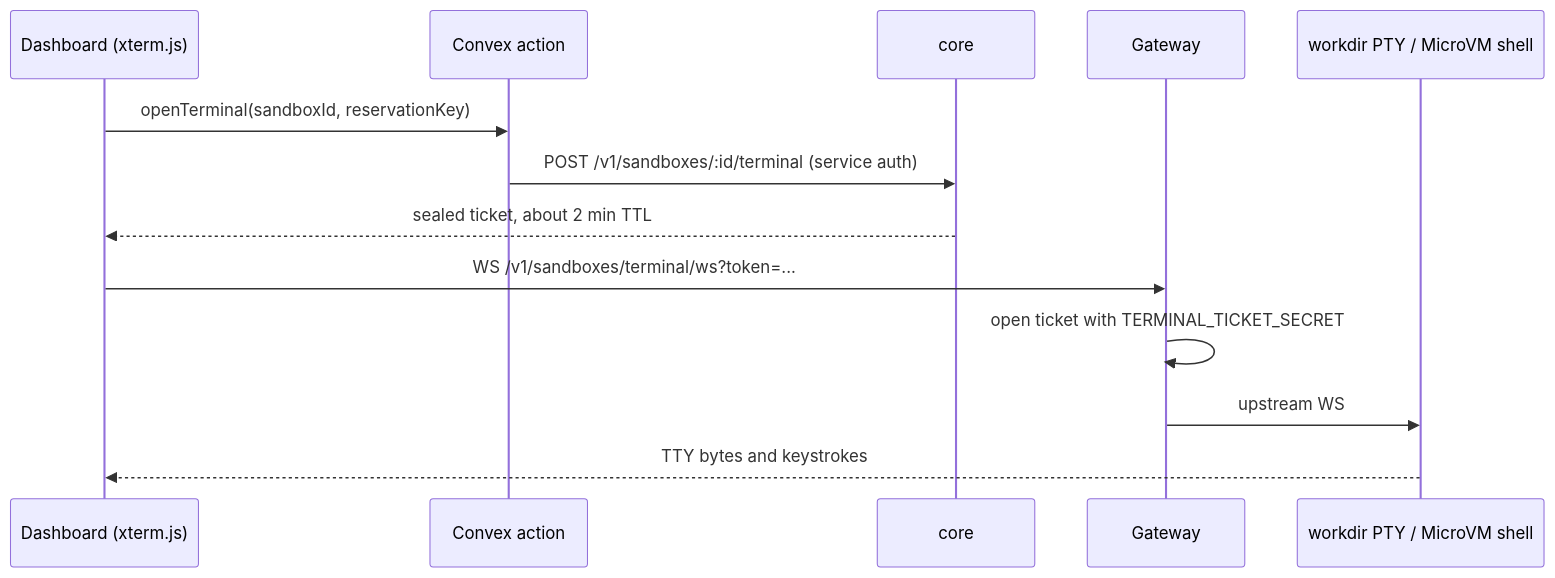
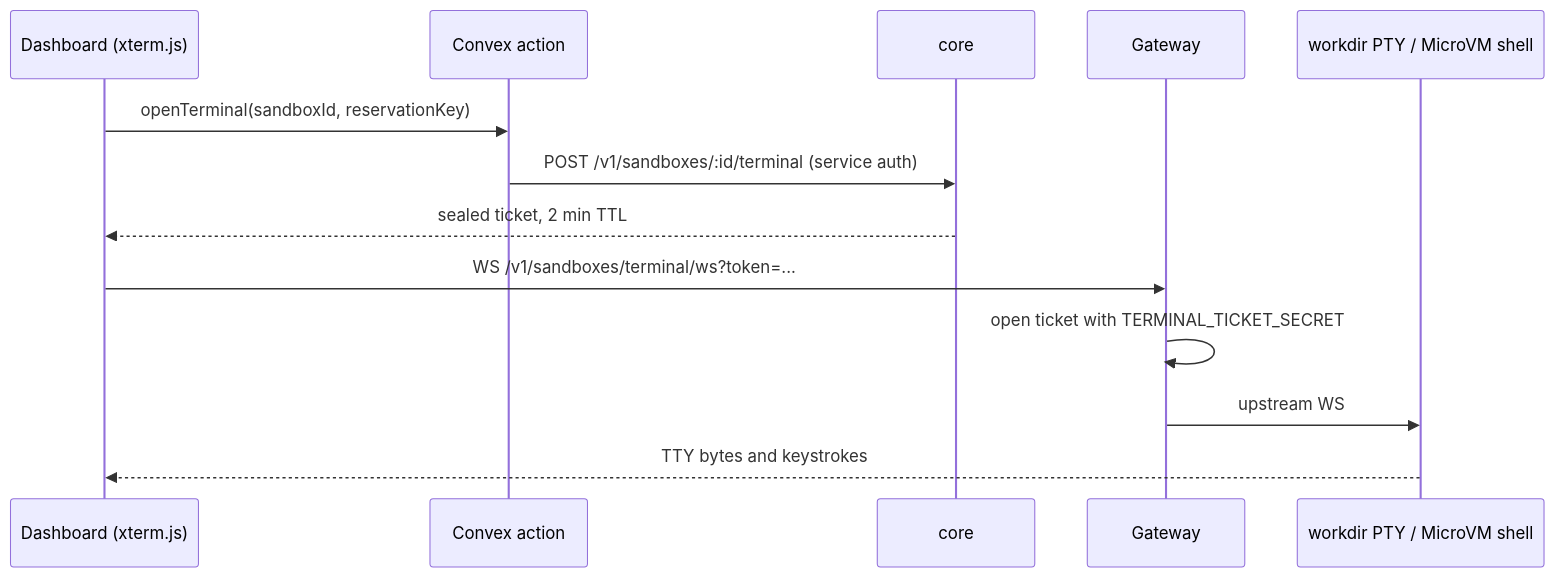
The third of 3 diagrams in apps/docs/docs/internals/sandboxes.md (beeblastco/broods), drawn with Mermaid before and after one commit. The commit also changed other lines of this file and 23 other files, not shown here.

First line of the commit message:
docs(internals): rewrite architecture and developer docs from current code

````diff
--- a/apps/docs/docs/internals/sandboxes.md
+++ b/apps/docs/docs/internals/sandboxes.md
@@ -155,16 +190,16 @@
 ```mermaid
 sequenceDiagram
   participant D as Dashboard (xterm.js)
   participant C as Convex action
   participant Core as core
   participant G as Gateway
   participant P as workdir PTY / MicroVM shell
 
   D->>C: openTerminal(sandboxId, reservationKey)
   C->>Core: POST /v1/sandboxes/:id/terminal (service auth)
-  Core-->>D: sealed ticket, about 2 min TTL
+  Core-->>D: sealed ticket, 2 min TTL
   D->>G: WS /v1/sandboxes/terminal/ws?token=...
   G->>G: open ticket with TERMINAL_TICKET_SECRET
   G->>P: upstream WS
   P-->>D: TTY bytes and keystrokes
 ```
````
